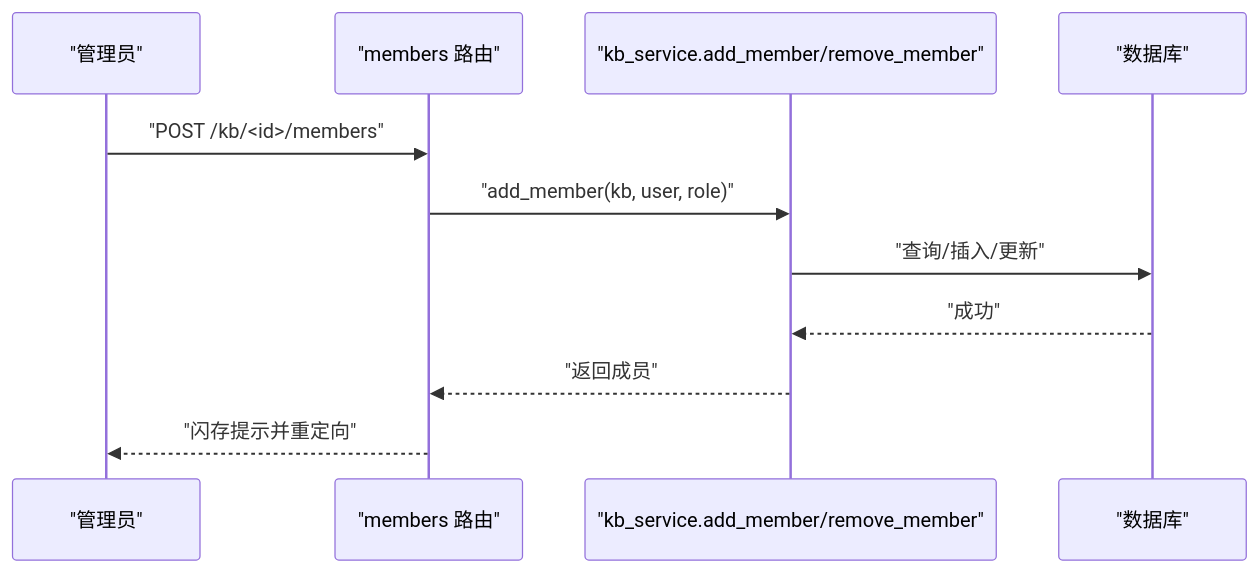
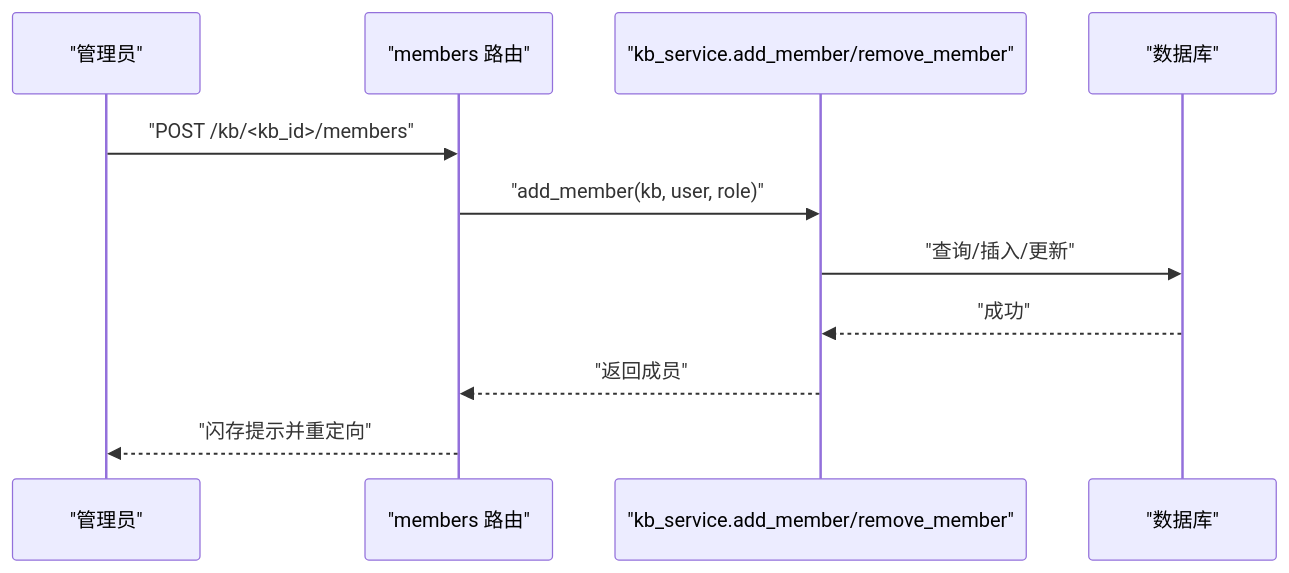
One commit to beyondalbert/my_wiki changed the fifth of 7 diagrams in .qoder/repowiki/zh/content/架构设计/蓝图系统设计/知识库蓝图 (Knowledge Base Blueprint).md. Above: the diagram before and after it, drawn with Mermaid. The commit also changed other lines of this file and 21 other files, not shown here.

````diff
--- a/.qoder/repowiki/zh/content/架构设计/蓝图系统设计/知识库蓝图 (Knowledge Base Blueprint).md
+++ b/.qoder/repowiki/zh/content/架构设计/蓝图系统设计/知识库蓝图 (Knowledge Base Blueprint).md
@@ -226,13 +232,13 @@
 ```mermaid
 sequenceDiagram
 participant U as "管理员"
 participant V as "members 路由"
 participant S as "kb_service.add_member/remove_member"
 participant DB as "数据库"
-U->>V : "POST /kb/<id>/members"
+U->>V : "POST /kb/<kb_id>/members"
 V->>S : "add_member(kb, user, role)"
 S->>DB : "查询/插入/更新"
 DB-->>S : "成功"
 S-->>V : "返回成员"
 V-->>U : "闪存提示并重定向"
 ```
````
